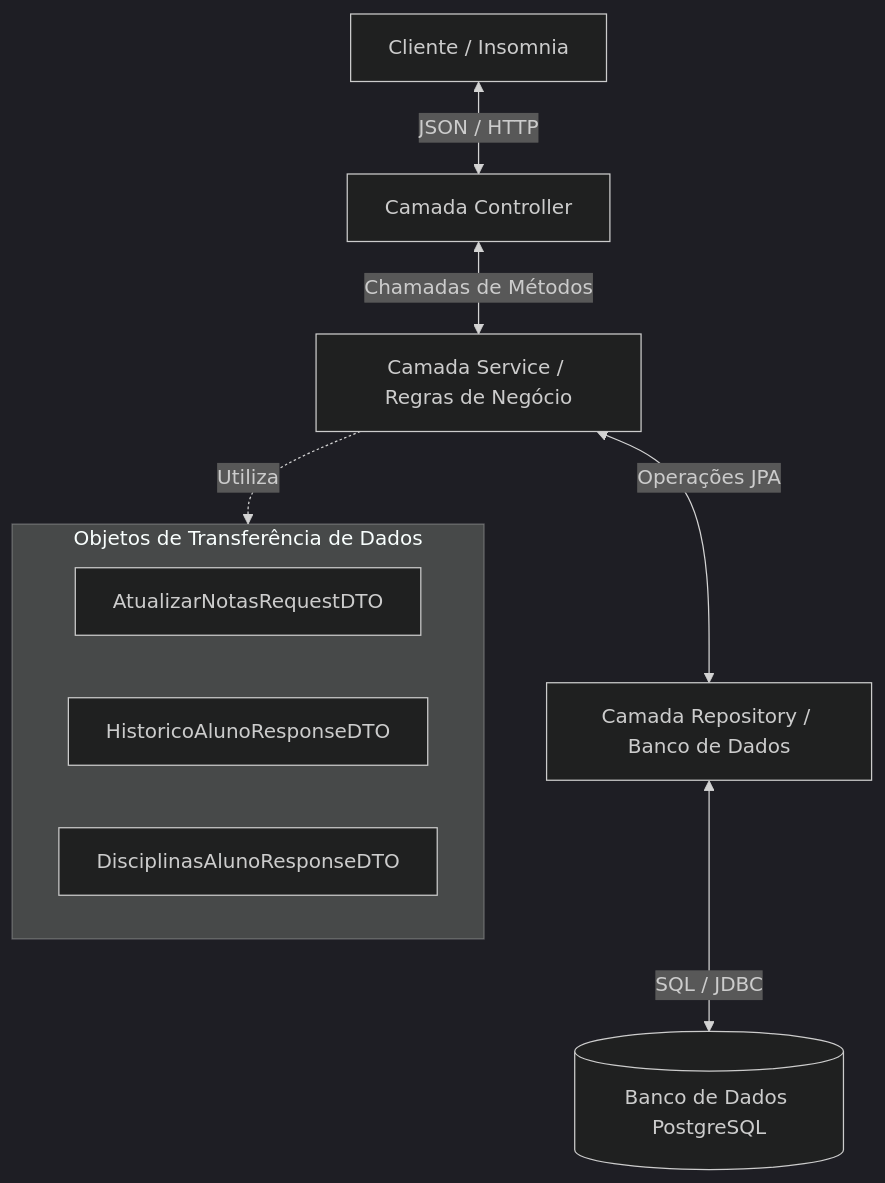
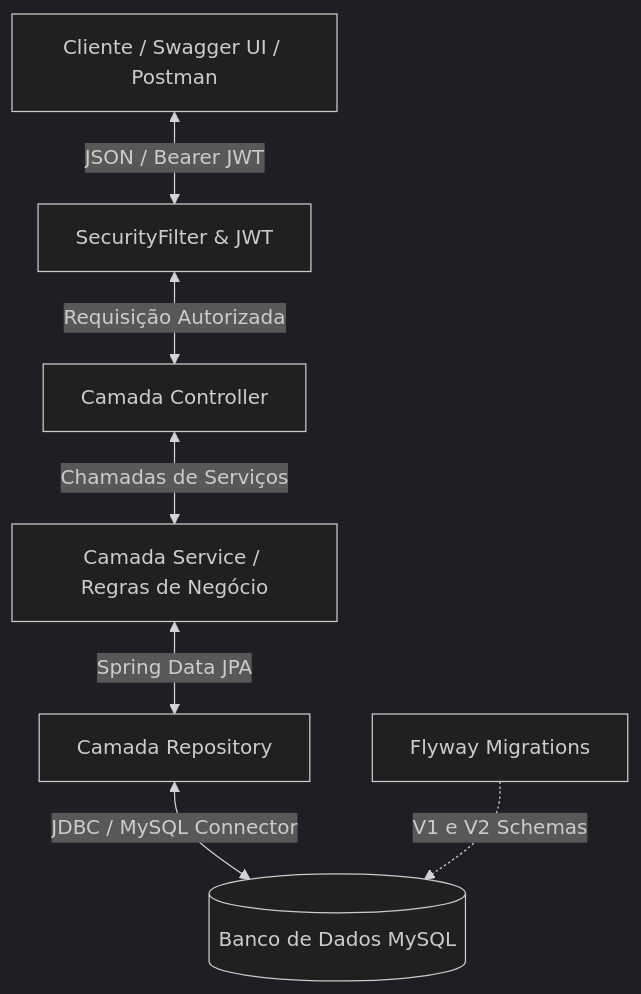
Before and after one commit to TrajanoMedeiros/TrabalhoJavaP3: the diagram in README.md, drawn with Mermaid (dark theme). The commit also changed other lines of this file and 26 other files, not shown here.

Commit message:
Evolucao Aluno Online: MySQL, Flyway migrations V1 e V2, Spring Security com JWT e Swagger OpenAPI documentado

````diff
--- a/README.md
+++ b/README.md
@@ -21,15 +22,9 @@
 ```mermaid
 graph TD
-    Client[Cliente / Insomnia] <--> |JSON / HTTP| Controller[Camada Controller]
-    Controller <--> |Chamadas de Métodos| Service[Camada Service / Regras de Negócio]
-    Service <--> |Operações JPA| Repository[Camada Repository / Banco de Dados]
-    Repository <--> |SQL / JDBC| PostgreSQL[(Banco de Dados PostgreSQL)]
-    
-    subgraph DTOs [Objetos de Transferência de Dados]
-        dt1[AtualizarNotasRequestDTO]
-        dt2[HistoricoAlunoResponseDTO]
-        dt3[DisciplinasAlunoResponseDTO]
-    end
-    
-    Service -.-> |Utiliza| DTOs
+    Client[Cliente / Swagger UI / Postman] <--> |JSON / Bearer JWT| SecurityFilter[SecurityFilter & JWT]
+    SecurityFilter <--> |Requisição Autorizada| Controller[Camada Controller]
+    Controller <--> |Chamadas de Serviços| Service[Camada Service / Regras de Negócio]
+    Service <--> |Spring Data JPA| Repository[Camada Repository]
+    Repository <--> |JDBC / MySQL Connector| MySQL[(Banco de Dados MySQL)]
+    Flyway[Flyway Migrations] -.-> |V1 e V2 Schemas| MySQL
 ```
````
